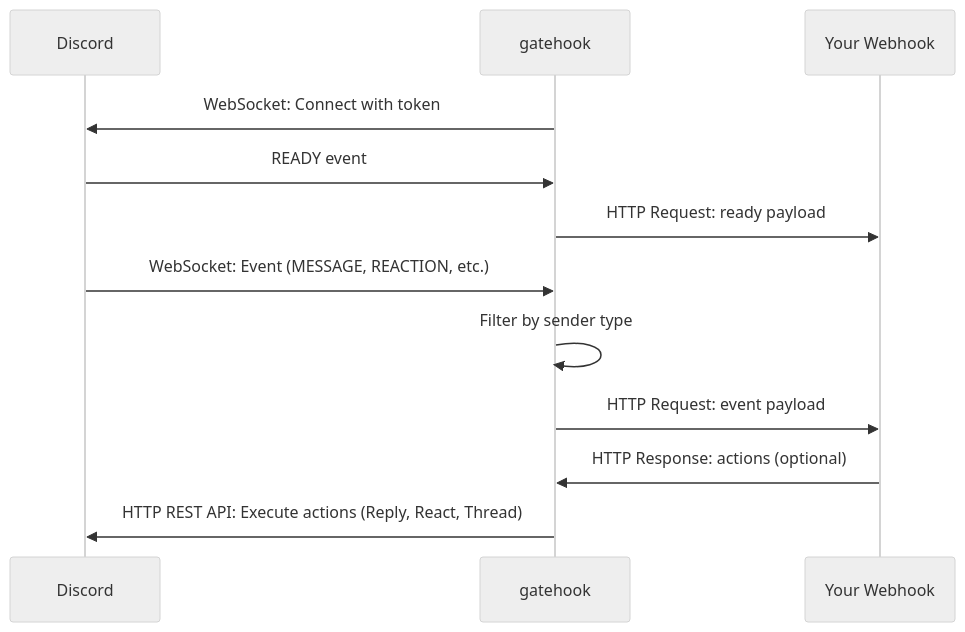
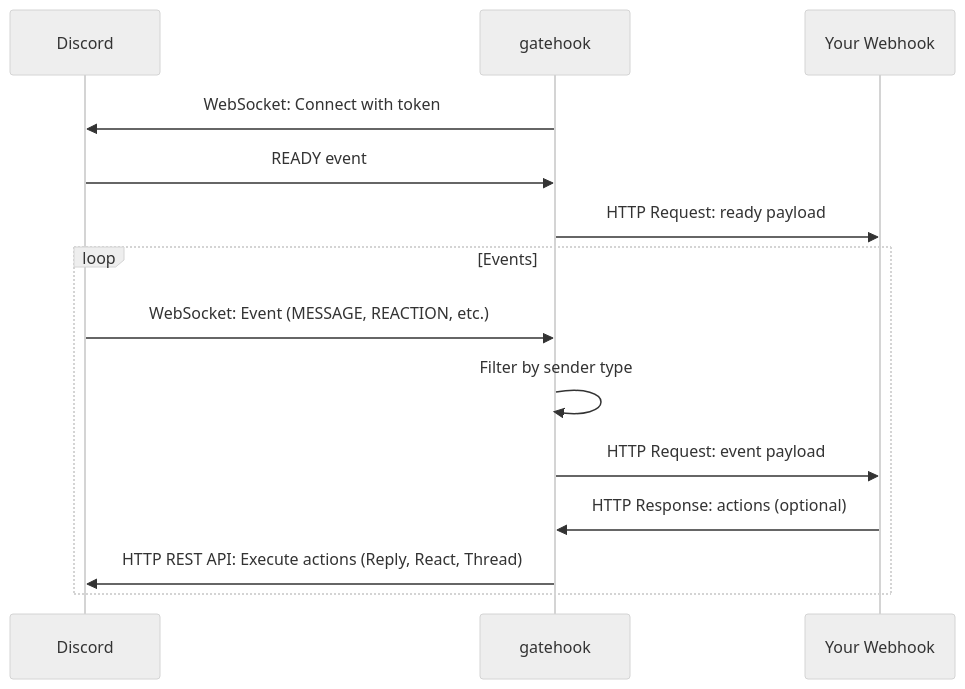
One commit to a24k/gatehook changed the diagram in README.md. Above: the diagram before and after it, drawn with Mermaid (neutral theme).

Commit message:
docs: Add loop block to show repeating event processing
Wrapped event processing in a 'loop Events' block to clearly
indicate it occurs repeatedly, while the startup flow (WebSocket
connection and READY) happens only once at initialization.

🤖 Generated with [Claude Code](https://claude.com/claude-code)

````diff
--- a/README.md
+++ b/README.md
@@ -20,16 +20,18 @@
 ```mermaid
 sequenceDiagram
     participant Discord
     participant gatehook
     participant Your Webhook
 
     gatehook->>Discord: WebSocket: Connect with token
     Discord->>gatehook: READY event
     gatehook->>Your Webhook: HTTP Request: ready payload
 
-    Discord->>gatehook: WebSocket: Event (MESSAGE, REACTION, etc.)
-    gatehook->>gatehook: Filter by sender type
-    gatehook->>Your Webhook: HTTP Request: event payload
-    Your Webhook->>gatehook: HTTP Response: actions (optional)
-    gatehook->>Discord: HTTP REST API: Execute actions (Reply, React, Thread)
+    loop Events
+        Discord->>gatehook: WebSocket: Event (MESSAGE, REACTION, etc.)
+        gatehook->>gatehook: Filter by sender type
+        gatehook->>Your Webhook: HTTP Request: event payload
+        Your Webhook->>gatehook: HTTP Response: actions (optional)
+        gatehook->>Discord: HTTP REST API: Execute actions (Reply, React, Thread)
+    end
 ```
````
